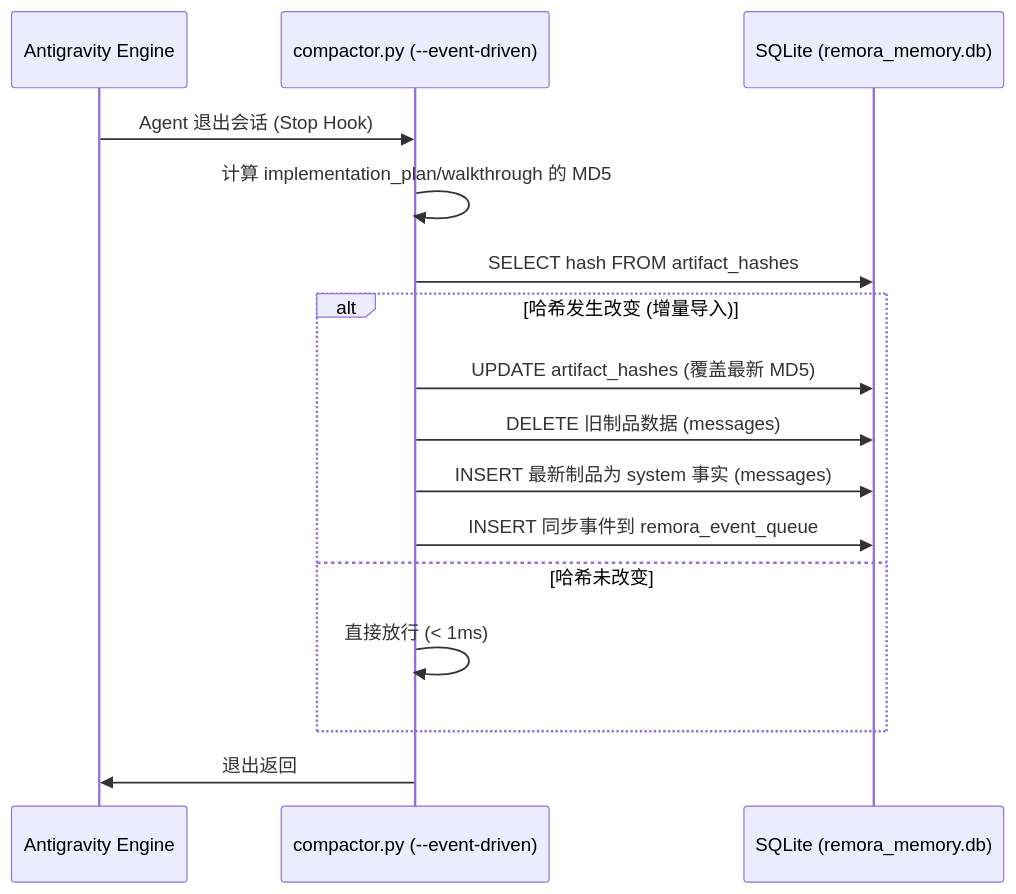
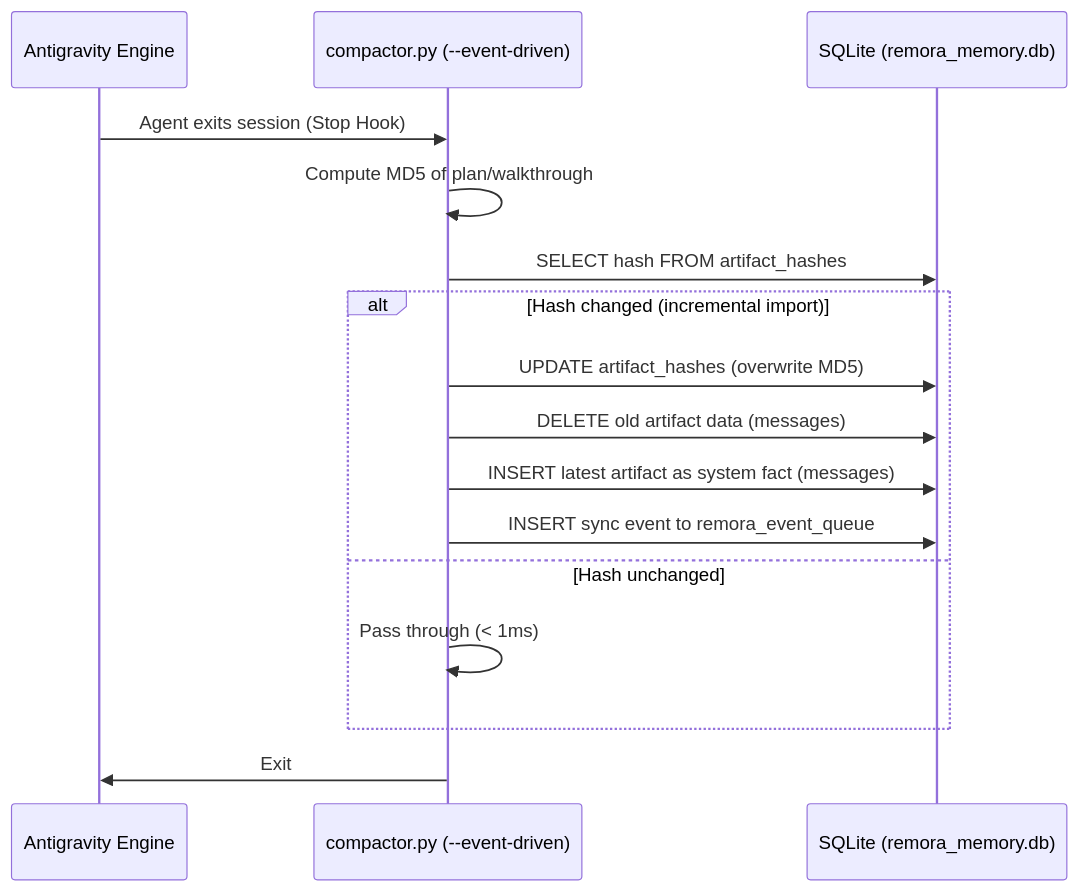
One commit to pseudoming/remora-plugin changed the third of 11 diagrams in docs/business_flows.md. Above: the diagram before and after it, drawn with Mermaid. The commit also changed other lines of this file and 10 other files, not shown here.

````diff
--- a/docs/business_flows.md
+++ b/docs/business_flows.md
@@ -118,19 +120,19 @@
 ```mermaid
 sequenceDiagram
     participant AGY as Antigravity Engine
     participant Comp as compactor.py (--event-driven)
     participant DB as SQLite (remora_memory.db)
     
-    AGY->>Comp: Agent 退出会话 (Stop Hook)
-    Comp->>Comp: 计算 implementation_plan/walkthrough 的 MD5
+    AGY->>Comp: Agent exits session (Stop Hook)
+    Comp->>Comp: Compute MD5 of plan/walkthrough
     Comp->>DB: SELECT hash FROM artifact_hashes
-    alt 哈希发生改变 (增量导入)
-        Comp->>DB: UPDATE artifact_hashes (覆盖最新 MD5)
-        Comp->>DB: DELETE 旧制品数据 (messages)
-        Comp->>DB: INSERT 最新制品为 system 事实 (messages)
-        Comp->>DB: INSERT 同步事件到 remora_event_queue
-    else 哈希未改变
-        Comp->>Comp: 直接放行 (< 1ms)
+    alt Hash changed (incremental import)
+        Comp->>DB: UPDATE artifact_hashes (overwrite MD5)
+        Comp->>DB: DELETE old artifact data (messages)
+        Comp->>DB: INSERT latest artifact as system fact (messages)
+        Comp->>DB: INSERT sync event to remora_event_queue
+    else Hash unchanged
+        Comp->>Comp: Pass through (< 1ms)
     end
-    Comp->>AGY: 退出返回
+    Comp->>AGY: Exit
 ```
````
